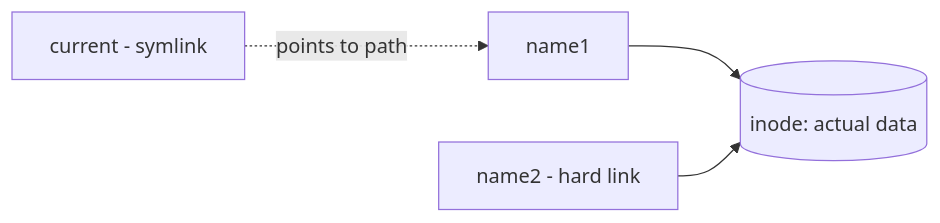
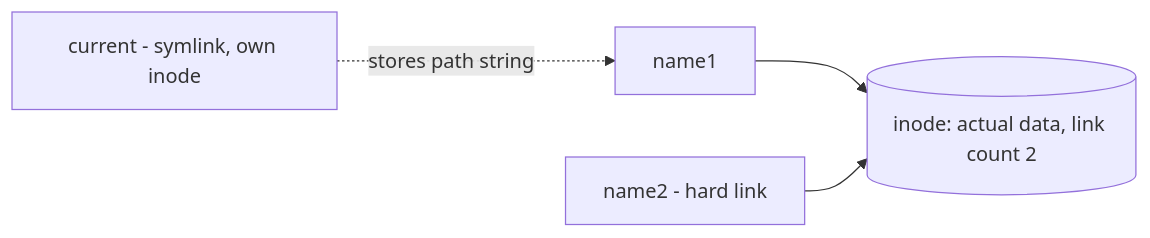
Before and after one commit to cloud-prakhar/learning-linux: the diagram in 03-files-and-directories/links-hard-soft.md, drawn with Mermaid. The commit also changed other lines of this file and 69 other files, not shown here.

````diff
--- a/03-files-and-directories/links-hard-soft.md
+++ b/03-files-and-directories/links-hard-soft.md
@@ -34,6 +39,6 @@
 ```mermaid
 flowchart LR
-    HL1[name1] --> INODE[(inode: actual data)]
+    HL1[name1] --> INODE[(inode: actual data, link count 2)]
     HL2[name2 - hard link] --> INODE
-    SL[current - symlink] -.points to path.-> HL1
+    SL[current - symlink, own inode] -.stores path string.-> HL1
 ```
````
